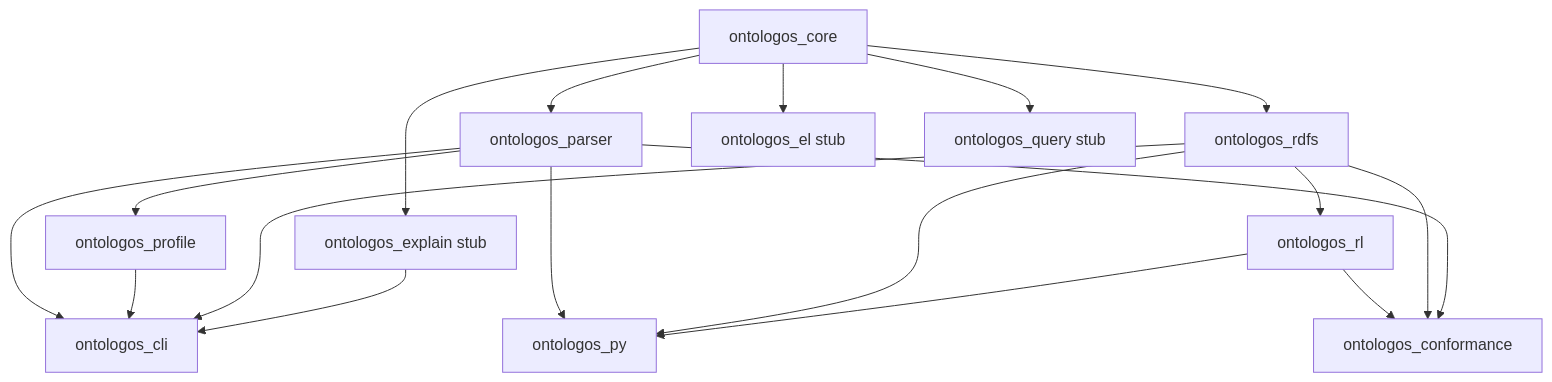
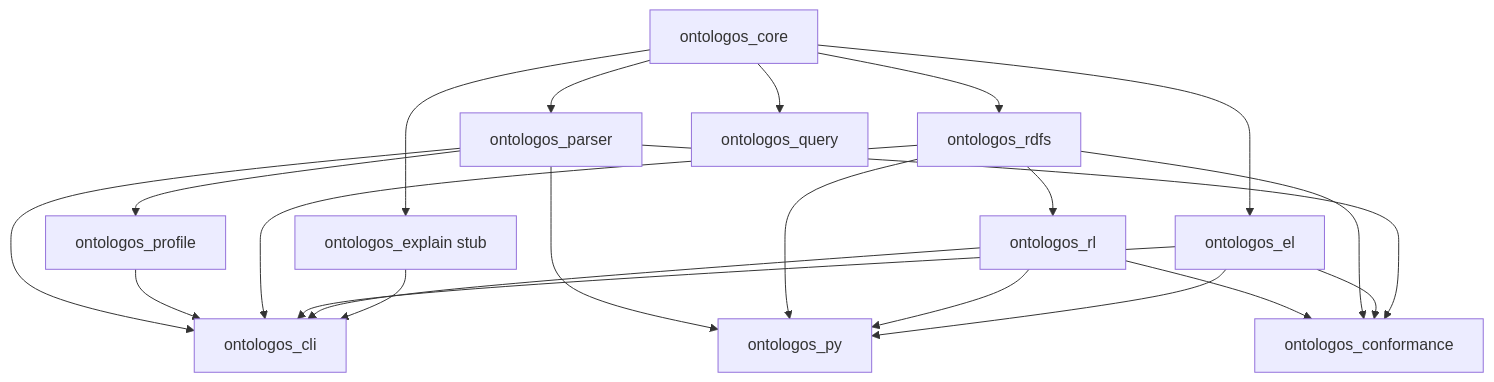
The first of 2 diagrams in docs/architecture.md (eddiethedean/ontologos), drawn with Mermaid before and after one commit. The commit also changed other lines of this file and 51 other files, not shown here.

````diff
--- a/docs/architecture.md
+++ b/docs/architecture.md
@@ -7,32 +7,36 @@
 ```mermaid
 flowchart TB
   core[ontologos_core]
   parser[ontologos_parser]
   profile[ontologos_profile]
   rdfs[ontologos_rdfs]
   rl[ontologos_rl]
-  el[ontologos_el stub]
-  query[ontologos_query stub]
+  el[ontologos_el]
+  query[ontologos_query]
   explain[ontologos_explain stub]
   cli[ontologos_cli]
   py[ontologos_py]
   conformance[ontologos_conformance]
 
   core --> parser
   parser --> profile
   core --> rdfs
   rdfs --> rl
   core --> el
   core --> query
   core --> explain
   parser --> cli
   profile --> cli
   rdfs --> cli
+  el --> cli
+  rl --> cli
   explain --> cli
   parser --> py
   rdfs --> py
   rl --> py
+  el --> py
   rl --> conformance
   rdfs --> conformance
+  el --> conformance
   parser --> conformance
 ```
````
